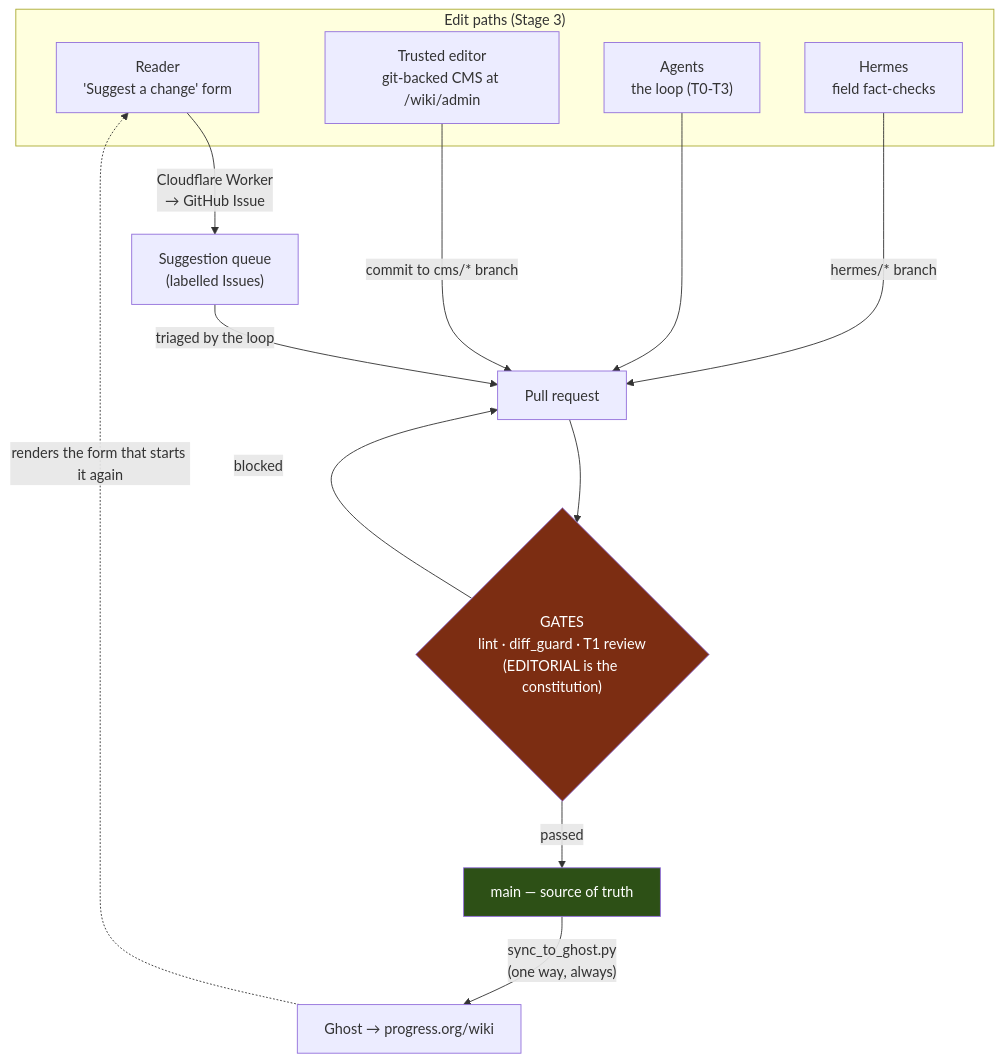
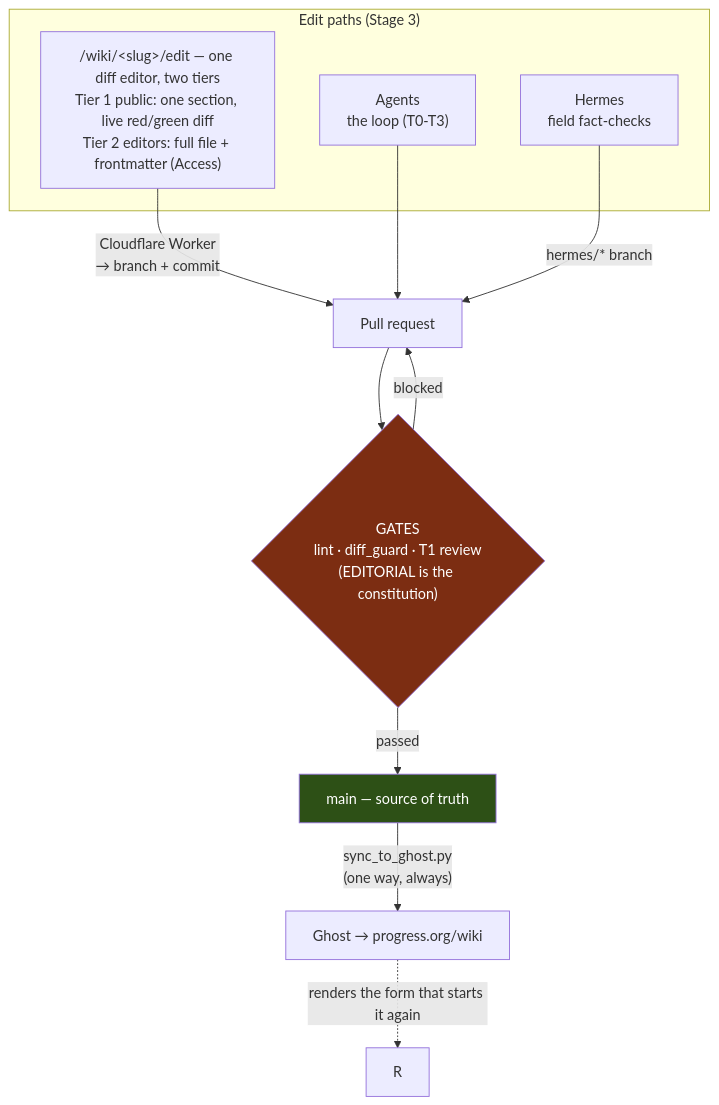
The diagram in docs/ARCHITECTURE-COMMUNITY.md (floydmari/georgism-wiki), drawn with Mermaid before and after one commit. The commit also changed other lines of this file and 2 other files, not shown here.

First line of the commit message:
architecture: Stage 3 revised — one diff editor, two tiers (replaces form + Decap)

````diff
--- a/docs/ARCHITECTURE-COMMUNITY.md
+++ b/docs/ARCHITECTURE-COMMUNITY.md
@@ -37,21 +37,18 @@
 ```mermaid
 flowchart TD
     subgraph IN["Edit paths (Stage 3)"]
-        R["Reader\n'Suggest a change' form"]
-        E["Trusted editor\ngit-backed CMS at /wiki/admin"]
+        ED["/wiki/&lt;slug&gt;/edit — one diff editor, two tiers\nTier 1 public: one section, live red/green diff\nTier 2 editors: full file + frontmatter (Access)"]
         A["Agents\nthe loop (T0-T3)"]
         H["Hermes\nfield fact-checks"]
     end
-    R -->|"Cloudflare Worker\n→ GitHub Issue"| Q["Suggestion queue\n(labelled Issues)"]
-    Q -->|"triaged by the loop"| PR
-    E -->|"commit to cms/* branch"| PR["Pull request"]
+    ED -->|"Cloudflare Worker\n→ branch + commit"| PR["Pull request"]
     A --> PR
     H -->|"hermes/* branch"| PR
     PR --> G{"GATES\nlint · diff_guard · T1 review\n(EDITORIAL is the constitution)"}
     G -->|"blocked"| PR
     G -->|"passed"| MAIN["main — source of truth"]
     MAIN -->|"sync_to_ghost.py\n(one way, always)"| GH["Ghost → progress.org/wiki"]
     GH -.->|"renders the form that starts it again"| R
     style MAIN fill:#2d5016,color:#fff
     style G fill:#7c2d12,color:#fff
 ```
````
